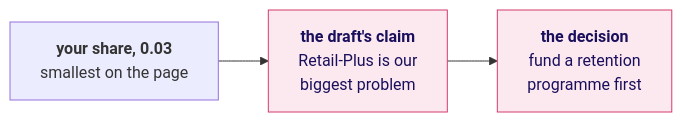
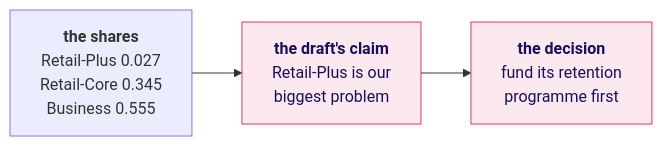
Diagram 13 of 32 in content/W01/D4/slides/C2_W01_D04_half1_STUDENT.md (fde-academy-lab/c2-content-factory), drawn with Mermaid before and after one commit. The commit also changed other lines of this file and 13 other files, not shown here.

````diff
--- a/content/W01/D4/slides/C2_W01_D04_half1_STUDENT.md
+++ b/content/W01/D4/slides/C2_W01_D04_half1_STUDENT.md
@@ -503,7 +563,7 @@
 ```mermaid
 flowchart LR
-    P["<b>your share, 0.03</b><br/>smallest on the page"] --> C["<b>the draft's claim</b><br/>Retail-Plus is our<br/>biggest problem"]
-    C --> D["<b>the decision</b><br/>fund a retention<br/>programme first"]
+    P["<b>the shares</b><br/>Retail-Plus 0.027<br/>Retail-Core 0.345<br/>Business 0.555"] --> C["<b>the draft's claim</b><br/>Retail-Plus is our<br/>biggest problem"]
+    C --> D["<b>the decision</b><br/>fund its retention<br/>programme first"]
     classDef bad fill:#FBE9EF,stroke:#D63A6A,color:#1A0F5C
     class C,D bad
 ```
````
